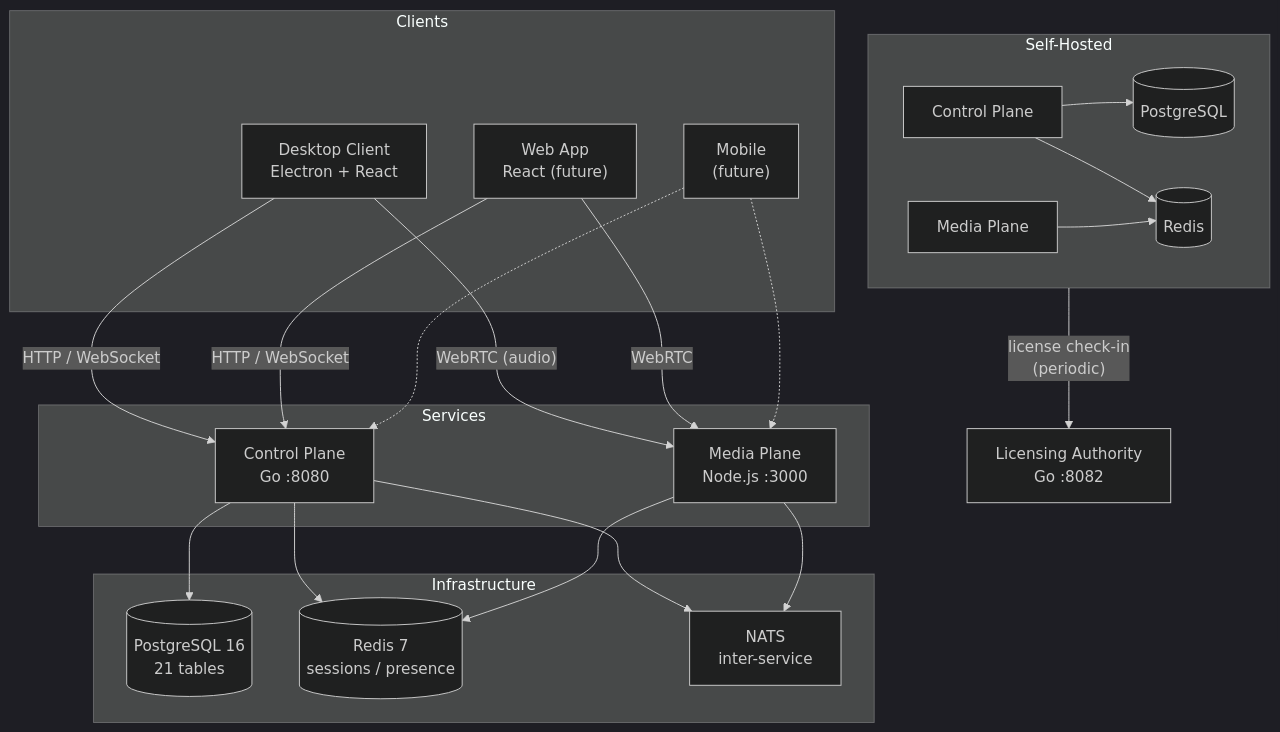
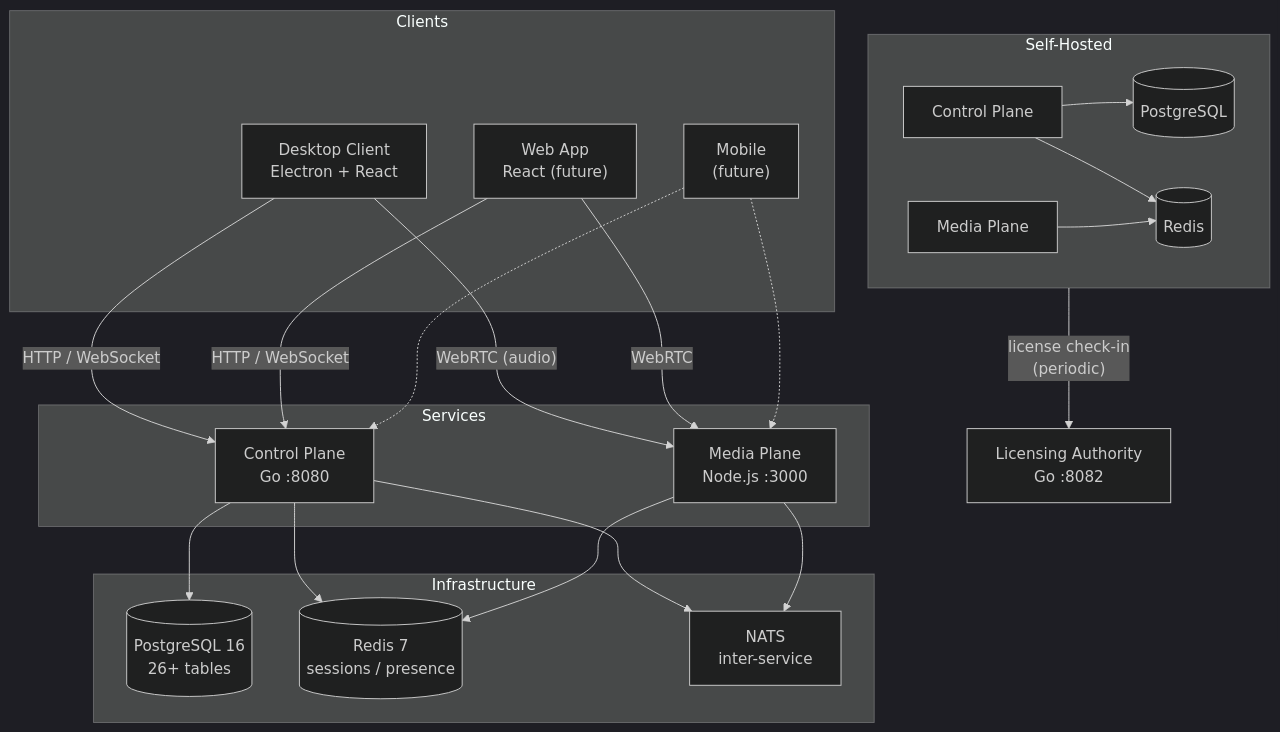
One commit to Concord-Voice/Self-Hosted changed the first of 5 diagrams in docs/architecture.md. Above: the diagram before and after it, drawn with Mermaid (dark theme). The commit also changed other lines of this file and 14 other files, not shown here.

````diff
--- a/docs/architecture.md
+++ b/docs/architecture.md
@@ -14,44 +14,44 @@
 ```mermaid
 flowchart TB
     subgraph Clients
         Desktop["Desktop Client<br/>Electron + React"]
         Web["Web App<br/>React (future)"]
         Mobile["Mobile<br/>(future)"]
     end
 
     subgraph Services
         CP["Control Plane<br/>Go :8080"]
         MP["Media Plane<br/>Node.js :3000"]
     end
 
     subgraph Infrastructure
-        PG[("PostgreSQL 16<br/>21 tables")]
+        PG[("PostgreSQL 16<br/>26+ tables")]
         RD[("Redis 7<br/>sessions / presence")]
         NATS["NATS<br/>inter-service"]
     end
 
     Desktop -- "HTTP / WebSocket" --> CP
     Desktop -- "WebRTC (audio)" --> MP
     Web -- "HTTP / WebSocket" --> CP
     Web -- "WebRTC" --> MP
     Mobile -.-> CP
     Mobile -.-> MP
 
     CP --> PG
     CP --> RD
     CP --> NATS
     MP --> RD
     MP --> NATS
 
     subgraph Self-Hosted
         SH_CP["Control Plane"]
         SH_MP["Media Plane"]
         SH_PG[("PostgreSQL")]
         SH_RD[("Redis")]
         SH_CP --> SH_PG
         SH_CP --> SH_RD
         SH_MP --> SH_RD
     end
 
     Self-Hosted -- "license check-in<br/>(periodic)" --> LA["Licensing Authority<br/>Go :8082"]
 ```
````
